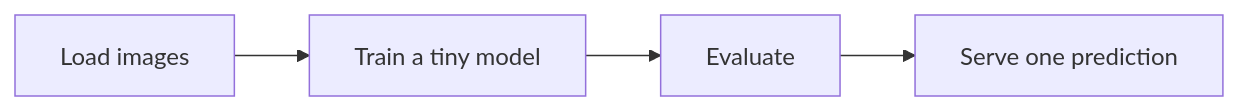
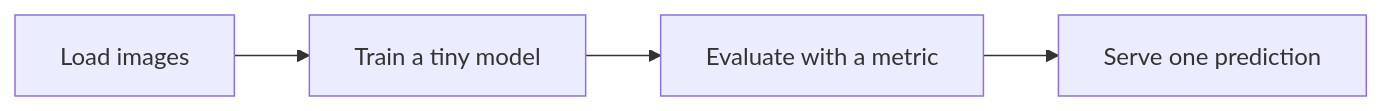
The second of 2 diagrams in curriculum/week-12-capstone-a-computer-vision-system/lecture-notes/01-scoping-a-vision-project.md (CODECRUNCHWORLDWIDE/C56-CRUNCH-VISION), drawn with Mermaid before and after one commit. The commit also changed other lines of this file and 254 other files, not shown here.

Commit message:
docs: add diagrams + sync content from curriculum source

````diff
--- a/curriculum/week-12-capstone-a-computer-vision-system/lecture-notes/01-scoping-a-vision-project.md
+++ b/curriculum/week-12-capstone-a-computer-vision-system/lecture-notes/01-scoping-a-vision-project.md
@@ -35,6 +69,6 @@
 ```mermaid
 flowchart LR
   A["Load images"] --> B["Train a tiny model"]
-  B --> C["Evaluate"]
+  B --> C["Evaluate with a metric"]
   C --> D["Serve one prediction"]
 ```
````
